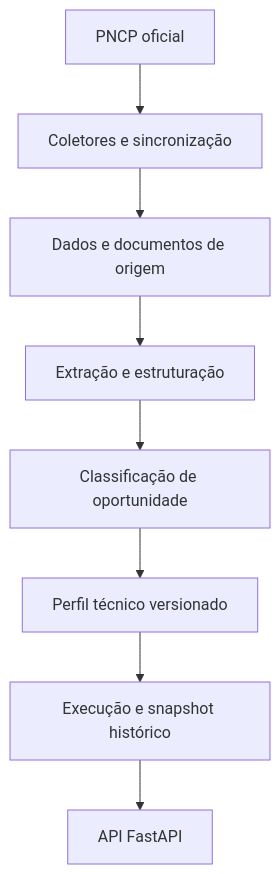
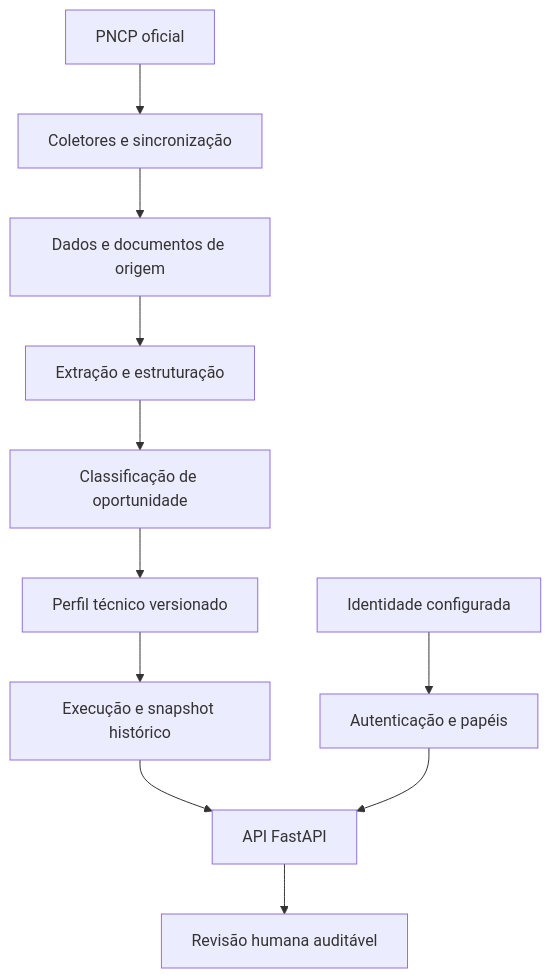
One commit to adilsonsg/sigarp changed the diagram in docs/architecture.md. Above: the diagram before and after it, drawn with Mermaid. The commit also changed other lines of this file and 38 other files, not shown here.

````diff
--- a/docs/architecture.md
+++ b/docs/architecture.md
@@ -8,10 +8,13 @@
 ```mermaid
 flowchart TD
     PNCP["PNCP oficial"] --> COL["Coletores e sincronização"]
     COL --> RAW["Dados e documentos de origem"]
     RAW --> EXT["Extração e estruturação"]
     EXT --> CLS["Classificação de oportunidade"]
     CLS --> PRF["Perfil técnico versionado"]
     PRF --> AUD["Execução e snapshot histórico"]
     AUD --> API["API FastAPI"]
+    ID["Identidade configurada"] --> AUTH["Autenticação e papéis"]
+    AUTH --> API
+    API --> REV["Revisão humana auditável"]
 ```
````
